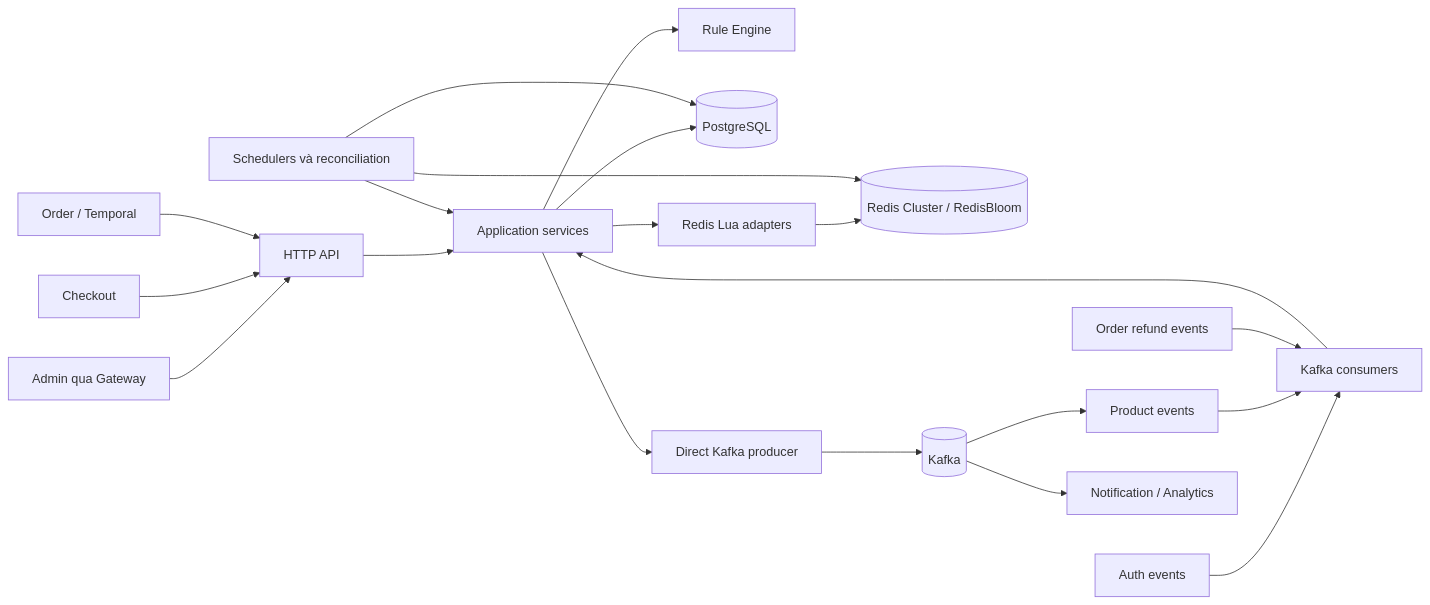
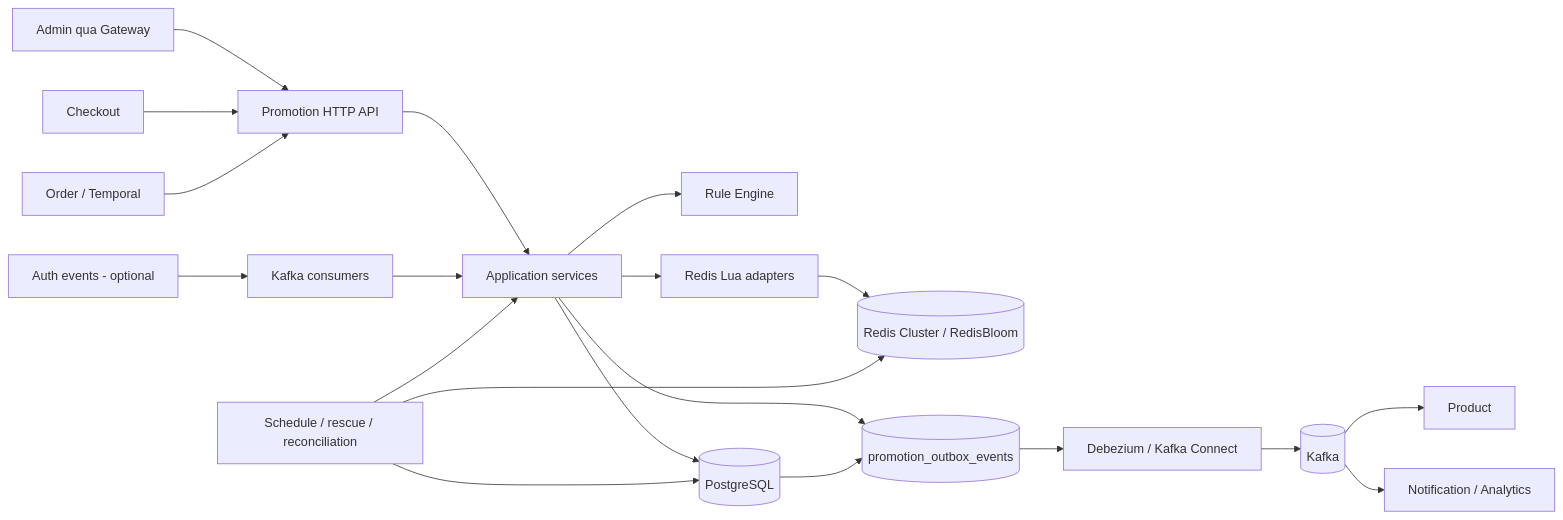
The diagram in docs/promotion/architecture.md (quangdung2110/e-commerce-microservices), drawn with Mermaid before and after one commit. The commit also changed other lines of this file and 18 other files, not shown here.

First line of the commit message:
docs(promotion): redesign campaign and voucher architecture

````diff
--- a/docs/promotion/architecture.md
+++ b/docs/promotion/architecture.md
@@ -25,22 +26,22 @@
 ```mermaid
 flowchart LR
-  ADMIN[Admin qua Gateway] --> API[HTTP API]
+  ADMIN[Admin qua Gateway] --> API[Promotion HTTP API]
   CHECKOUT[Checkout] --> API
   ORDER[Order / Temporal] --> API
-  AUTH[Auth events] --> CONSUMERS[Kafka consumers]
-  PRODUCT[Product events] --> CONSUMERS
-  ORDERE[Order refund events] --> CONSUMERS
+  AUTH[Auth events - optional] --> CONSUMER[Kafka consumers]
   API --> APP[Application services]
-  CONSUMERS --> APP
+  CONSUMER --> APP
   APP --> RULE[Rule Engine]
   APP --> PG[(PostgreSQL)]
   APP --> LUA[Redis Lua adapters]
   LUA --> REDIS[(Redis Cluster / RedisBloom)]
-  APP --> PRODUCER[Direct Kafka producer]
-  PRODUCER --> KAFKA[(Kafka)]
-  KAFKA --> PRODUCT
+  APP --> OUTBOX[(promotion_outbox_events)]
+  PG --> OUTBOX
+  OUTBOX --> CDC[Debezium / Kafka Connect]
+  CDC --> KAFKA[(Kafka)]
+  KAFKA --> PRODUCT[Product]
   KAFKA --> OTHER[Notification / Analytics]
-  JOBS[Schedulers và reconciliation] --> APP
+  JOBS[Schedule / rescue / reconciliation] --> APP
   JOBS --> PG
   JOBS --> REDIS
 ```
````
